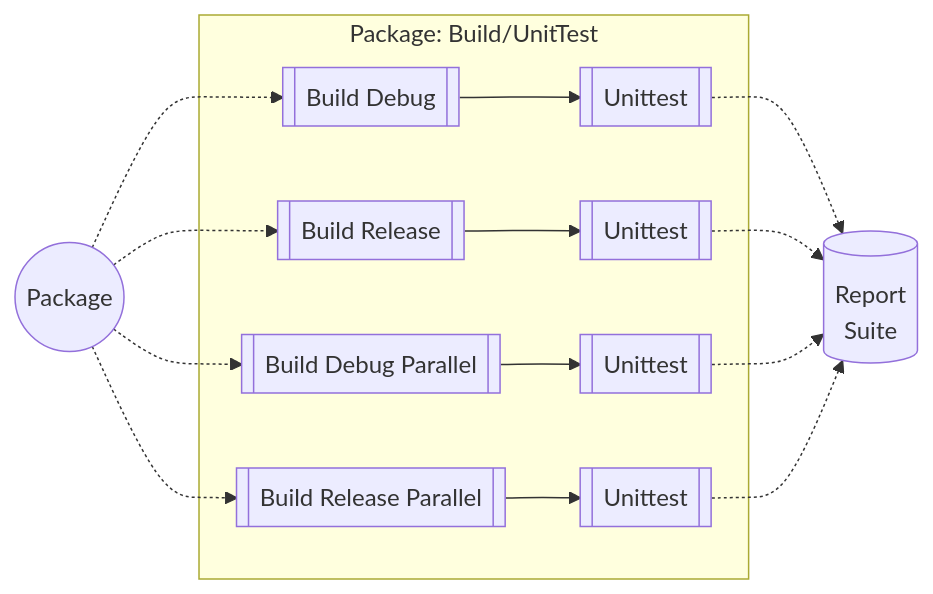
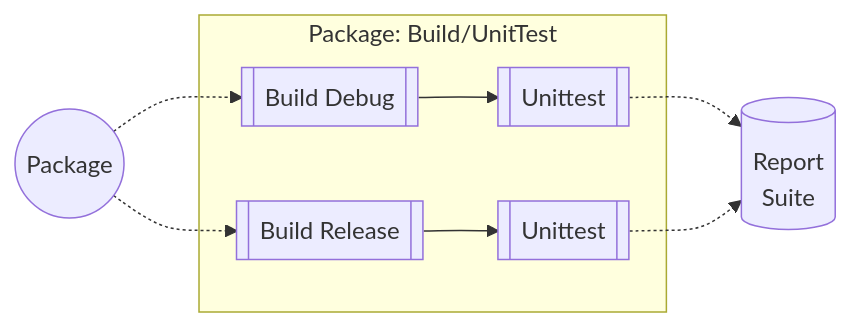
Before and after one commit to zggl404/ace-compiler: the second of 7 diagrams in air-infra/doc/PipelineACI.md, drawn with Mermaid. The commit also changed other lines of this file and 220 other files, not shown here.

````diff
--- a/air-infra/doc/PipelineACI.md
+++ b/air-infra/doc/PipelineACI.md
@@ -69,22 +64,16 @@
-```mermaid
-flowchart LR
-A((Package))
-C[(Report<br>Suite</br>)]
+<div class="mermaid">
+    flowchart LR
+    A((Package))
+    C[(Report<br>Suite</br>)]
 
-A-.->B00
-A-.->B10
-A-.->B20
-A-.->B30
+    A-.->B00
+    A-.->B10
 
-B01-.->C
-B11-.->C
-B21-.->C
-B31-.->C
+    B01-.->C
+    B11-.->C
 
-subgraph Package: Build/UnitTest
-B00[[Build Debug]]-->B01[[Unittest]]
-B10[[Build Release]]-->B11[[Unittest]]
-B20[[Build Debug Parallel]]-->B21[[Unittest]]
-B30[[Build Release Parallel]]-->B31[[Unittest]]
-end
-```
+    subgraph Package: Build/UnitTest
+    B00[[Build Debug]]-->B01[[Unittest]]
+    B10[[Build Release]]-->B11[[Unittest]]
+    end
+</div>
````
